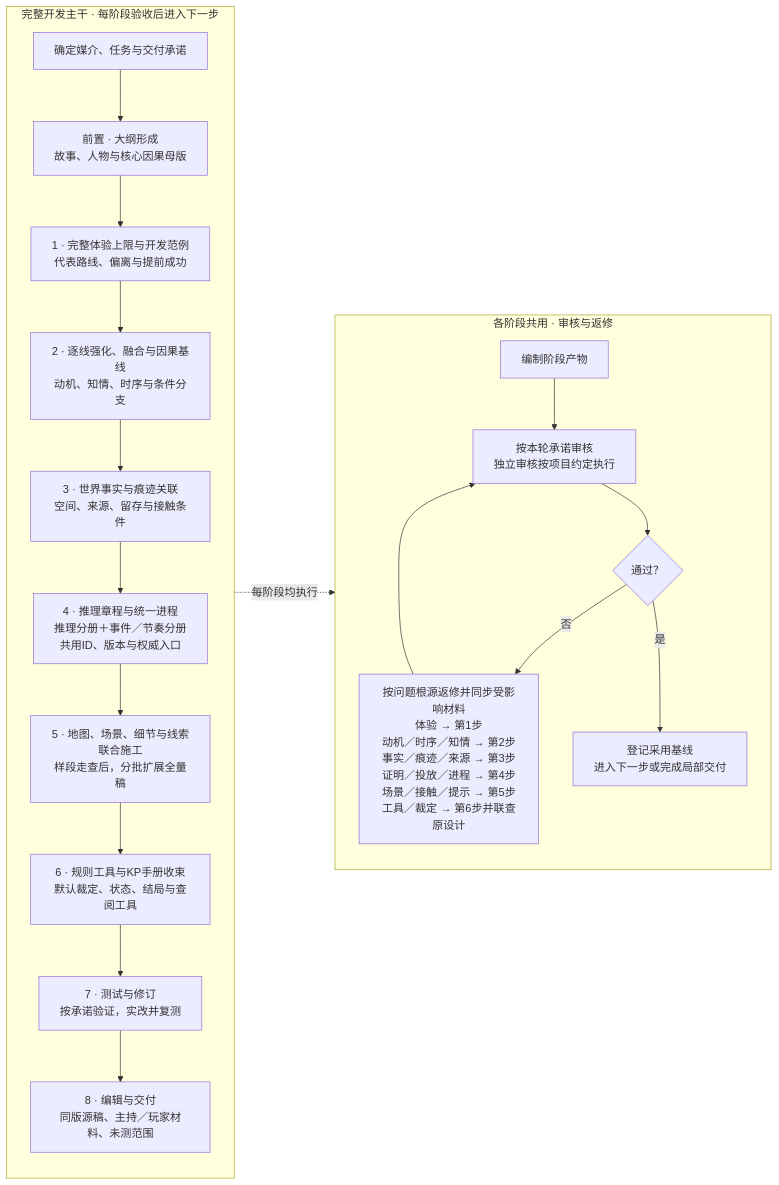
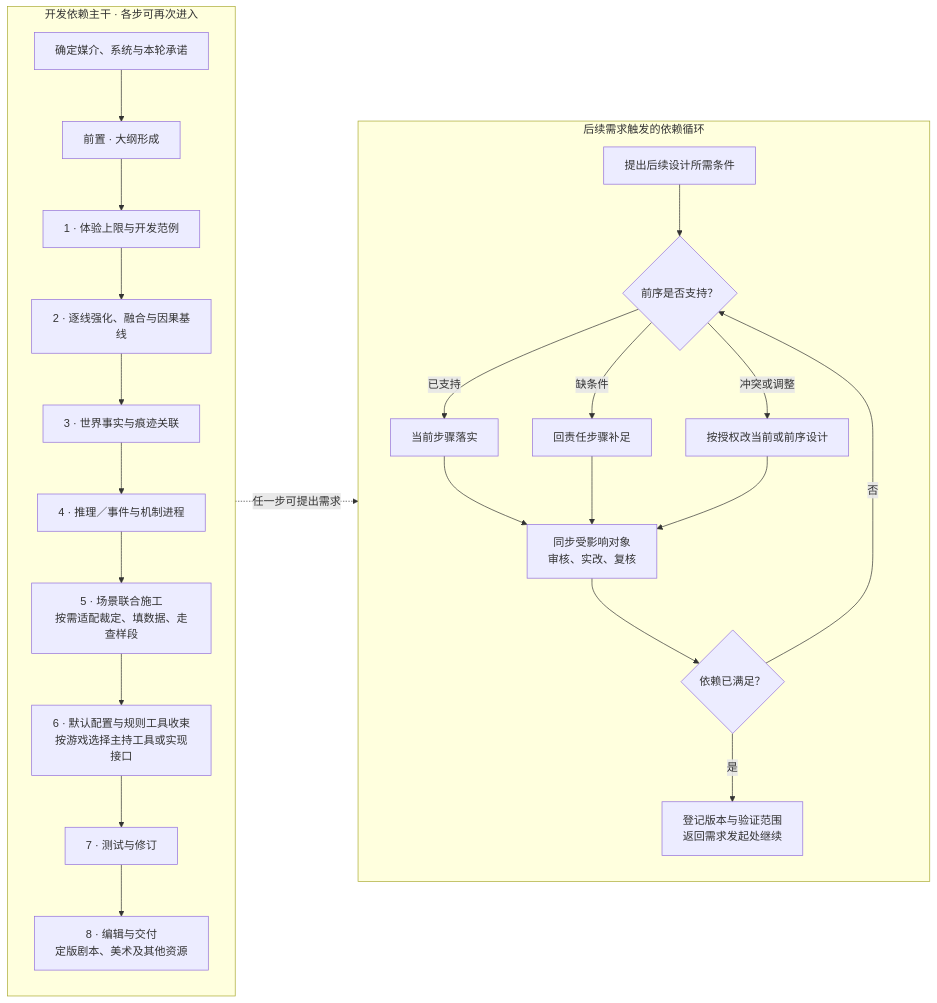
Before and after one commit to 28714026262/CocSWSkill: the diagram in coc-script-writing/references/workflow.md, drawn with Mermaid. The commit also changed other lines of this file and 12 other files, not shown here.

````diff
--- a/coc-script-writing/references/workflow.md
+++ b/coc-script-writing/references/workflow.md
@@ -20,24 +22,29 @@
 ```mermaid
 flowchart LR
-    subgraph MAIN["完整开发主干 · 每阶段验收后进入下一步"]
+    subgraph MAIN["开发依赖主干 · 各步可再次进入"]
         direction TB
-        T["确定媒介、任务与交付承诺"] --> P0["前置 · 大纲形成<br/>故事、人物与核心因果母版"]
-        P0 --> P1["1 · 完整体验上限与开发范例<br/>代表路线、偏离与提前成功"]
-        P1 --> P2["2 · 逐线强化、融合与因果基线<br/>动机、知情、时序与条件分支"]
-        P2 --> P3["3 · 世界事实与痕迹关联<br/>空间、来源、留存与接触条件"]
-        P3 --> P4["4 · 推理章程与统一进程<br/>推理分册＋事件／节奏分册<br/>共用ID、版本与权威入口"]
-        P4 --> P5["5 · 地图、场景、细节与线索联合施工<br/>样段走查后，分批扩展全量稿"]
-        P5 --> P6["6 · 规则工具与KP手册收束<br/>默认裁定、状态、结局与查阅工具"]
-        P6 --> P7["7 · 测试与修订<br/>按承诺验证，实改并复测"]
-        P7 --> P8["8 · 编辑与交付<br/>同版源稿、主持／玩家材料、未测范围"]
+        T["确定媒介、系统与本轮承诺"] --> P0["前置 · 大纲形成"]
+        P0 --> P1["1 · 体验上限与开发范例"]
+        P1 --> P2["2 · 逐线强化、融合与因果基线"]
+        P2 --> P3["3 · 世界事实与痕迹关联"]
+        P3 --> P4["4 · 推理／事件与机制进程"]
+        P4 --> P5["5 · 场景联合施工<br/>按需适配裁定、填数据、走查样段"]
+        P5 --> P6["6 · 默认配置与规则工具收束<br/>按游戏选择主持工具或实现接口"]
+        P6 --> P7["7 · 测试与修订"]
+        P7 --> P8["8 · 编辑与交付<br/>定版剧本、美术及其他资源"]
     end
-    subgraph Q["各阶段共用 · 审核与返修"]
+    subgraph LOOP["后续需求触发的依赖循环"]
         direction TB
-        W["编制阶段产物"] --> R["按本轮承诺审核<br/>独立审核按项目约定执行"]
-        R --> D{"通过？"}
-        D -->|否| F["按问题根源返修并同步受影响材料<br/>体验 → 第1步<br/>动机／时序／知情 → 第2步<br/>事实／痕迹／来源 → 第3步<br/>证明／投放／进程 → 第4步<br/>场景／接触／提示 → 第5步<br/>工具／裁定 → 第6步并联查原设计"]
-        F --> R
-        D -->|是| V["登记采用基线<br/>进入下一步或完成局部交付"]
+        N["提出后续设计所需条件"] --> C{"前序是否支持？"}
+        C -->|已支持| I["当前步骤落实"]
+        C -->|缺条件| B["回责任步骤补足"]
+        C -->|冲突或调整| A["按授权改当前或前序设计"]
+        I --> S["同步受影响对象<br/>审核、实改、复核"]
+        B --> S
+        A --> S
+        S --> D{"依赖已满足？"}
+        D -->|否| C
+        D -->|是| V["登记版本与验证范围<br/>返回需求发起处继续"]
     end
-    MAIN -. "每阶段均执行" .-> Q
+    MAIN -. "任一步可提出需求" .-> LOOP
 ```
````
